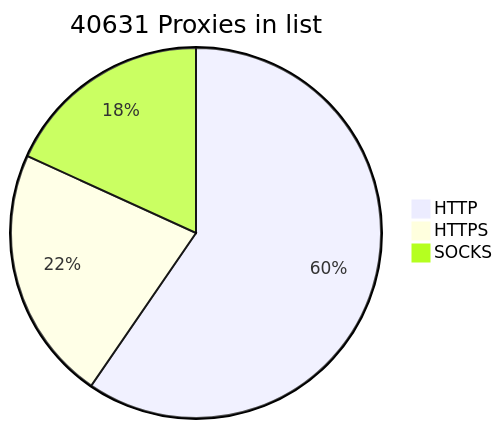
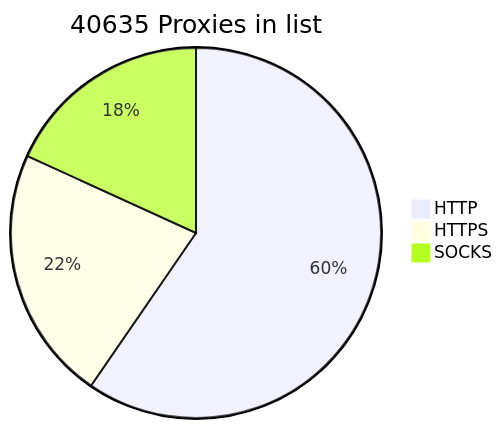
Before and after one commit to BlackSnowDot/proxylist-update-every-minute: the diagram in README.md, drawn with Mermaid.

````diff
--- a/README.md
+++ b/README.md
@@ -2,6 +2,6 @@
 ```mermaid
-pie title 40631 Proxies in list
-    "HTTP" : 28392
-    "HTTPS": 10602
+pie title 40635 Proxies in list
+    "HTTP" : 28402
+    "HTTPS": 10597
     "SOCKS" : 8668
 ```
````
